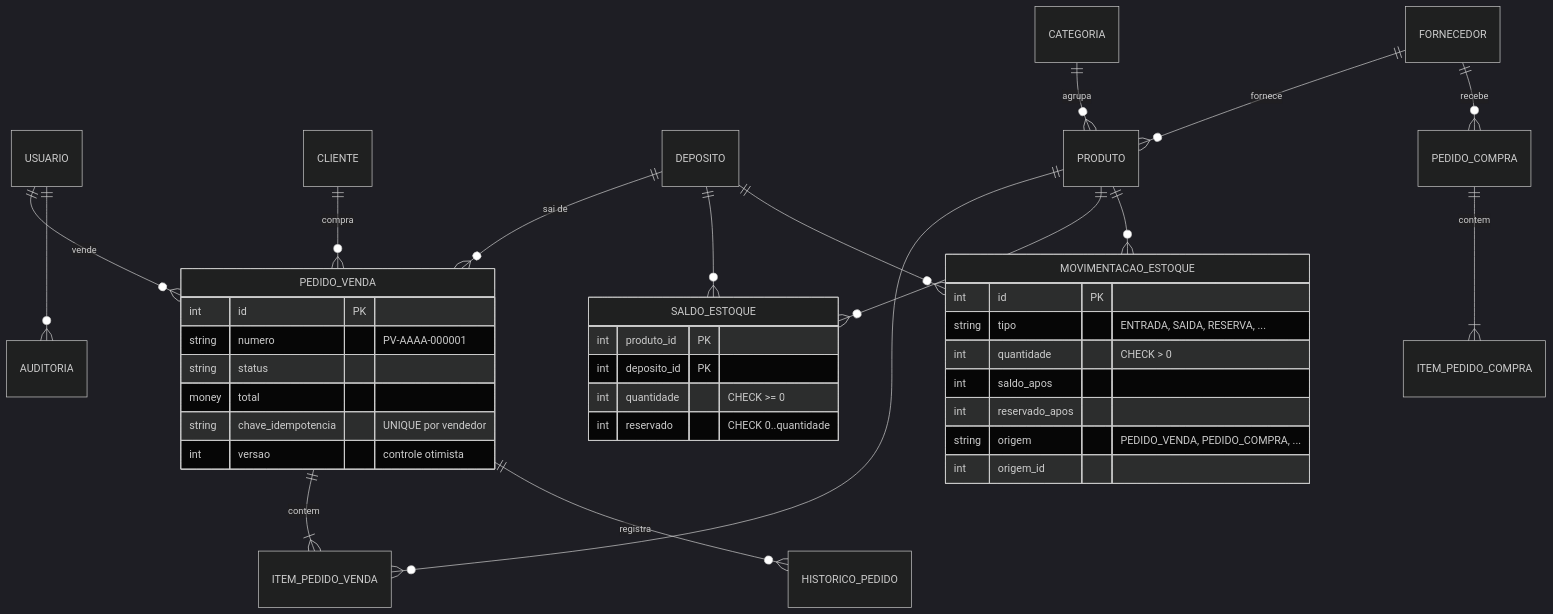
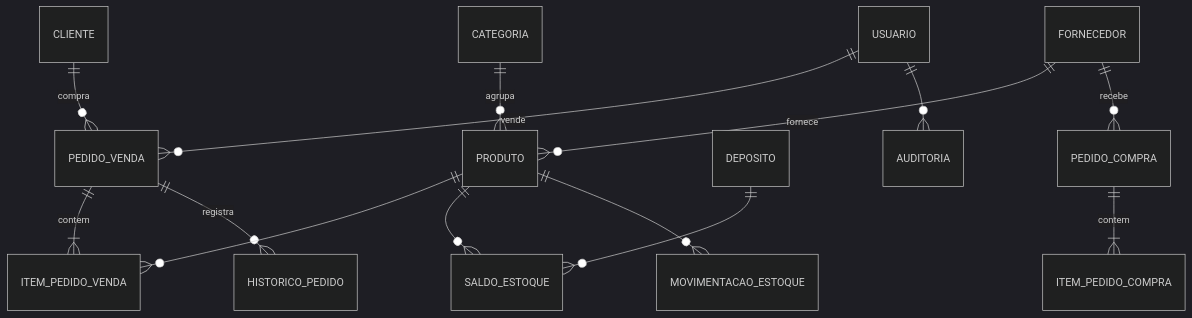
One commit to erikdevel0per/Order-and-Inventory-System changed the third of 3 diagrams in README.md. Above: the diagram before and after it, drawn with Mermaid (dark theme). The commit also changed other lines of this file and 17 other files, not shown here.

````diff
--- a/README.md
+++ b/README.md
@@ -255,42 +156,16 @@
 ```mermaid
 erDiagram
+    CLIENTE ||--o{ PEDIDO_VENDA : compra
     USUARIO ||--o{ PEDIDO_VENDA : vende
-    CLIENTE ||--o{ PEDIDO_VENDA : compra
-    DEPOSITO ||--o{ PEDIDO_VENDA : "sai de"
     PEDIDO_VENDA ||--|{ ITEM_PEDIDO_VENDA : contem
     PEDIDO_VENDA ||--o{ HISTORICO_PEDIDO : registra
     PRODUTO ||--o{ ITEM_PEDIDO_VENDA : ""
     CATEGORIA ||--o{ PRODUTO : agrupa
     FORNECEDOR ||--o{ PRODUTO : fornece
     PRODUTO ||--o{ SALDO_ESTOQUE : ""
     DEPOSITO ||--o{ SALDO_ESTOQUE : ""
     PRODUTO ||--o{ MOVIMENTACAO_ESTOQUE : ""
-    DEPOSITO ||--o{ MOVIMENTACAO_ESTOQUE : ""
     FORNECEDOR ||--o{ PEDIDO_COMPRA : recebe
     PEDIDO_COMPRA ||--|{ ITEM_PEDIDO_COMPRA : contem
     USUARIO ||--o{ AUDITORIA : ""
-
-    SALDO_ESTOQUE {
-        int produto_id PK
-        int deposito_id PK
-        int quantidade "CHECK >= 0"
-        int reservado "CHECK 0..quantidade"
-    }
-    MOVIMENTACAO_ESTOQUE {
-        int id PK
-        string tipo "ENTRADA, SAIDA, RESERVA, ..."
-        int quantidade "CHECK > 0"
-        int saldo_apos
-        int reservado_apos
-        string origem "PEDIDO_VENDA, PEDIDO_COMPRA, ..."
-        int origem_id
-    }
-    PEDIDO_VENDA {
-        int id PK
-        string numero "PV-AAAA-000001"
-        string status
-        money total
-        string chave_idempotencia "UNIQUE por vendedor"
-        int versao "controle otimista"
-    }
 ```
````
